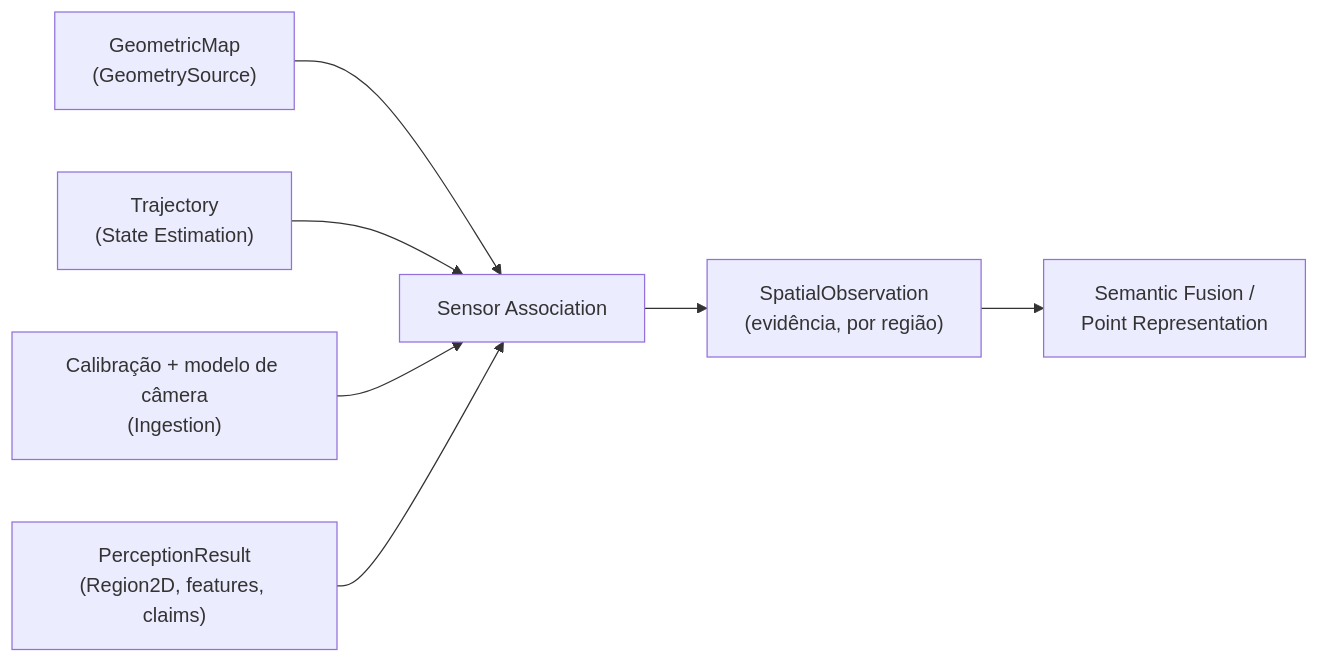
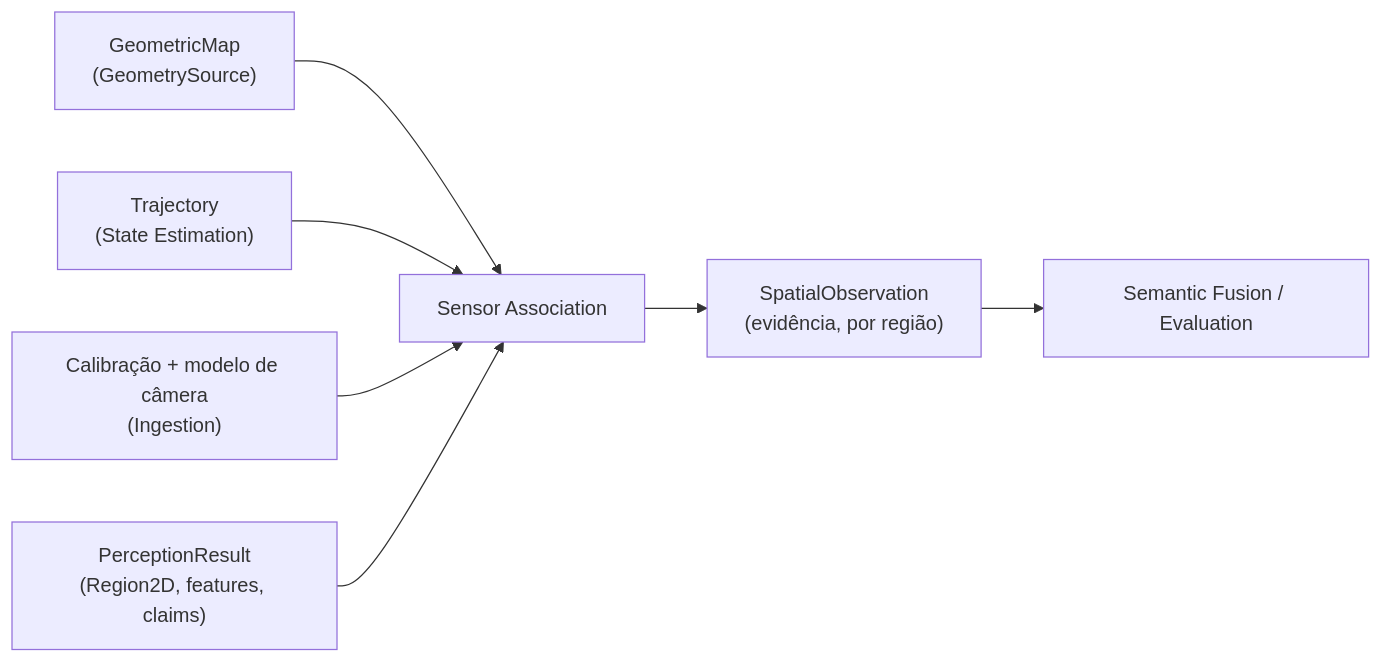
One commit to Alexandre-Tortoza/contextmap2 changed the diagram in src/contextmap/sensor_association/docs/README.md. Above: the diagram before and after it, drawn with Mermaid. The commit also changed other lines of this file and 30 other files, not shown here.

````diff
--- a/src/contextmap/sensor_association/docs/README.md
+++ b/src/contextmap/sensor_association/docs/README.md
@@ -7,9 +7,9 @@
 ```mermaid
 flowchart LR
     MAP["GeometricMap<br/>(GeometrySource)"] --> SA["Sensor Association"]
     TRAJ["Trajectory<br/>(State Estimation)"] --> SA
     CAL["Calibração + modelo de câmera<br/>(Ingestion)"] --> SA
     PERC["PerceptionResult<br/>(Region2D, features, claims)"] --> SA
     SA --> SO["SpatialObservation<br/>(evidência, por região)"]
-    SO --> DOWN["Semantic Fusion /<br/>Point Representation"]
+    SO --> DOWN["Semantic Fusion / Evaluation"]
 ```
````
